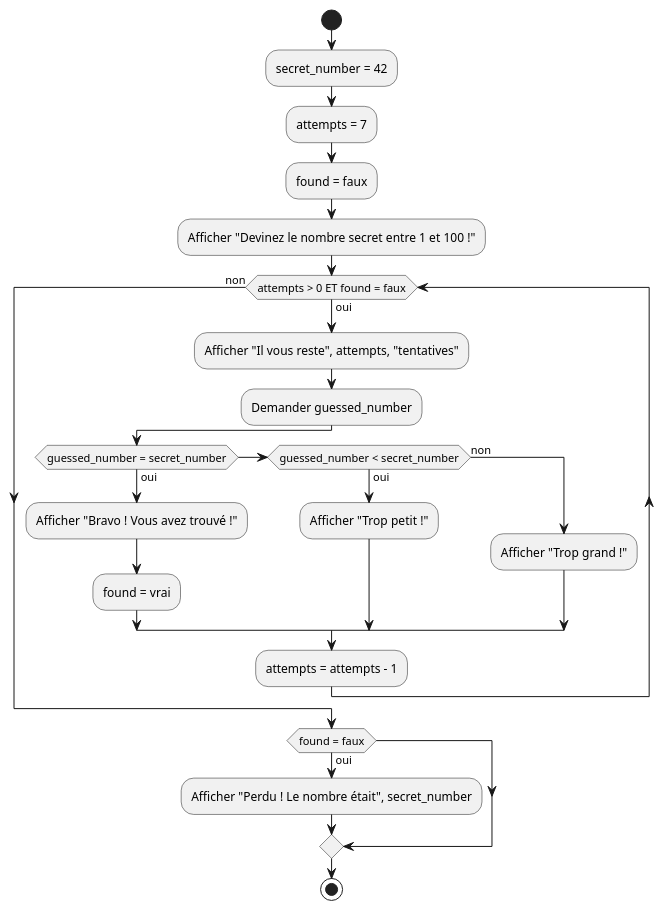
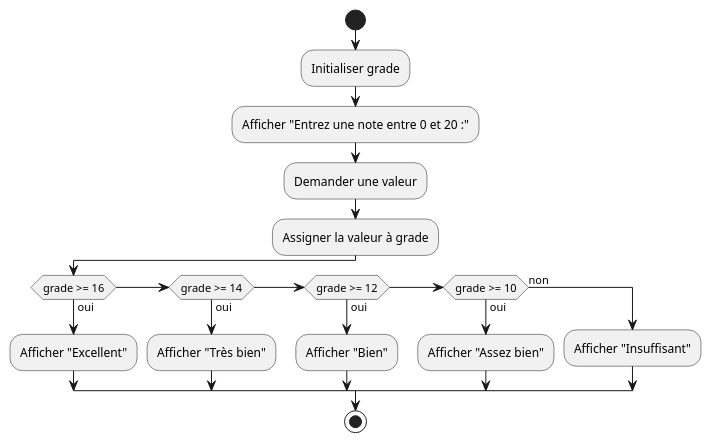
The fourth of 10 diagrams in 02.01-sequence-selection-iteration/02-exercices/README.md (HEIG-VD-Prog-Course/HEIG-VD-ProgIM-Course), drawn with PlantUML before and after one commit. The commit also changed other lines of this file, not shown here.

````diff
--- a/02.01-sequence-selection-iteration/02-exercices/README.md
+++ b/02.01-sequence-selection-iteration/02-exercices/README.md
@@ -426,26 +450,21 @@
 ```plantuml
 @startuml
 start
-:secret_number = 42;
-:attempts = 7;
-:found = faux;
-:Afficher "Devinez le nombre secret entre 1 et 100 !";
-while (attempts > 0 ET found = faux) is (oui)
-    :Afficher "Il vous reste", attempts, "tentatives";
-    :Demander guessed_number;
-    if (guessed_number = secret_number) then (oui)
-        :Afficher "Bravo ! Vous avez trouvé !";
-        :found = vrai;
-    elseif (guessed_number < secret_number) then (oui)
-        :Afficher "Trop petit !";
-    else (non)
-        :Afficher "Trop grand !";
-    endif
-    :attempts = attempts - 1;
-endwhile (non)
-if (found = faux) then (oui)
-    :Afficher "Perdu ! Le nombre était", secret_number;
+:Initialiser grade;
+:Afficher "Entrez une note entre 0 et 20 :";
+:Demander une valeur;
+:Assigner la valeur à grade;
+if (grade >= 16) then (oui)
+    :Afficher "Excellent";
+elseif (grade >= 14) then (oui)
+    :Afficher "Très bien";
+elseif (grade >= 12) then (oui)
+    :Afficher "Bien";
+elseif (grade >= 10) then (oui)
+    :Afficher "Assez bien";
+else (non)
+    :Afficher "Insuffisant";
 endif
 stop
 @enduml
 ```
````
